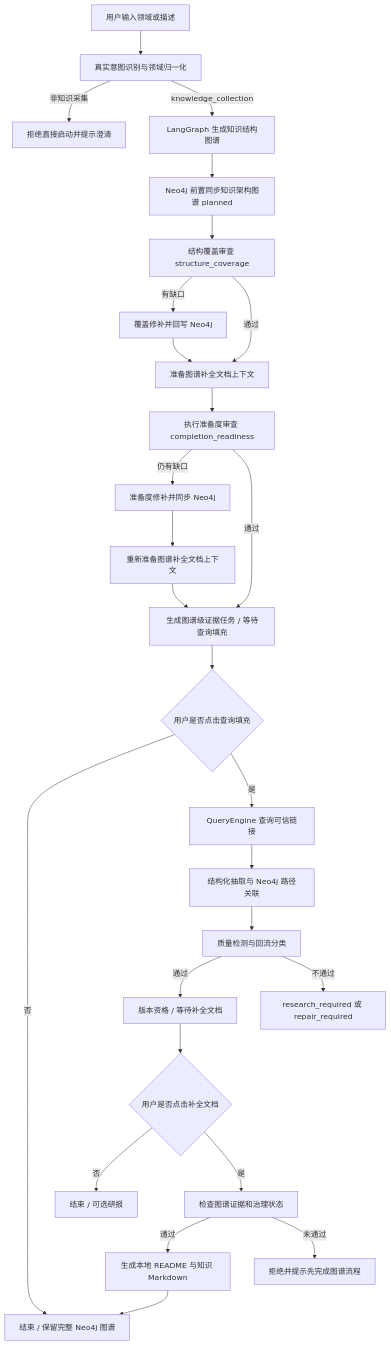
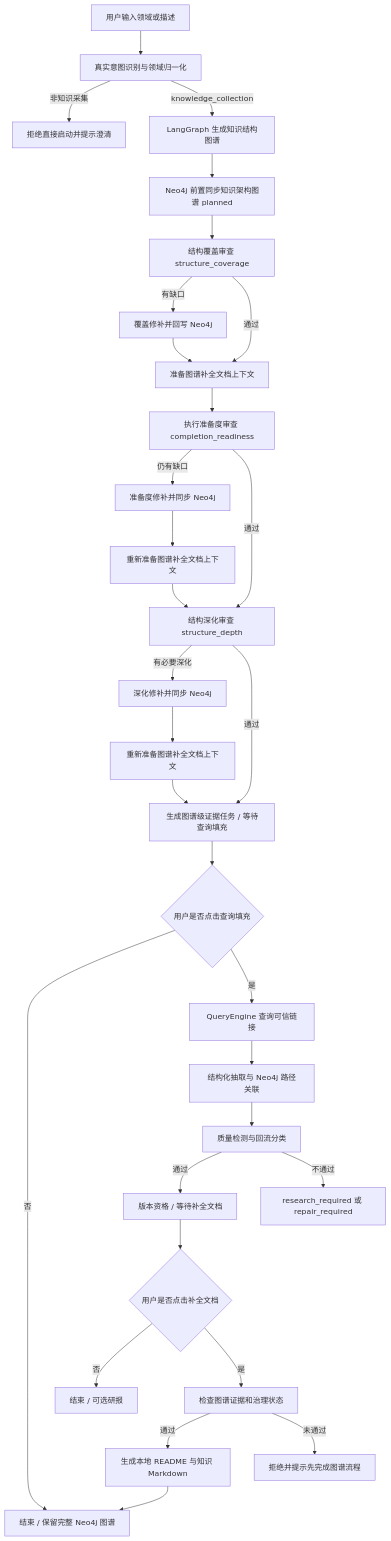
The diagram in docs/项目需求.md (crabin/knowledgeforge), drawn with Mermaid before and after one commit. The commit also changed other lines of this file and 11 other files, not shown here.

Commit message:
Add structure depth review round

````diff
--- a/docs/项目需求.md
+++ b/docs/项目需求.md
@@ -36,29 +36,33 @@
 ```mermaid
 flowchart TD
     A[用户输入领域或描述] --> B[真实意图识别与领域归一化]
     B -->|非知识采集| X[拒绝直接启动并提示澄清]
     B -->|knowledge_collection| C[LangGraph 生成知识结构图谱]
     C --> D[Neo4j 前置同步知识架构图谱 planned]
     D --> E[结构覆盖审查 structure_coverage]
     E -->|有缺口| F[覆盖修补并回写 Neo4j]
     F --> H[准备图谱补全文档上下文]
     E -->|通过| H
     H --> G[执行准备度审查 completion_readiness]
     G -->|仍有缺口| N[准备度修补并同步 Neo4j]
     N --> H2[重新准备图谱补全文档上下文]
-    H2 --> I
-    G -->|通过| I[生成图谱级证据任务 / 等待查询填充]
+    H2 --> K[结构深化审查 structure_depth]
+    G -->|通过| K
+    K -->|有必要深化| Z[深化修补并同步 Neo4j]
+    Z --> H3[重新准备图谱补全文档上下文]
+    H3 --> I
+    K -->|通过| I[生成图谱级证据任务 / 等待查询填充]
     I --> U{用户是否点击查询填充}
     U -->|否| R[结束 / 保留完整 Neo4j 图谱]
     U -->|是| J[QueryEngine 查询可信链接]
     J --> L[结构化抽取与 Neo4j 路径关联]
     L --> M[质量检测与回流分类]
     M -->|通过| V[版本资格 / 等待补全文档]
     M -->|不通过| O[research_required 或 repair_required]
     V --> P{用户是否点击补全文档}
     P -->|否| R2[结束 / 可选研报]
     P -->|是| Q[检查图谱证据和治理状态]
     Q -->|通过| S[生成本地 README 与知识 Markdown]
     Q -->|未通过| T[拒绝并提示先完成图谱流程]
     S --> R
 ```
````
